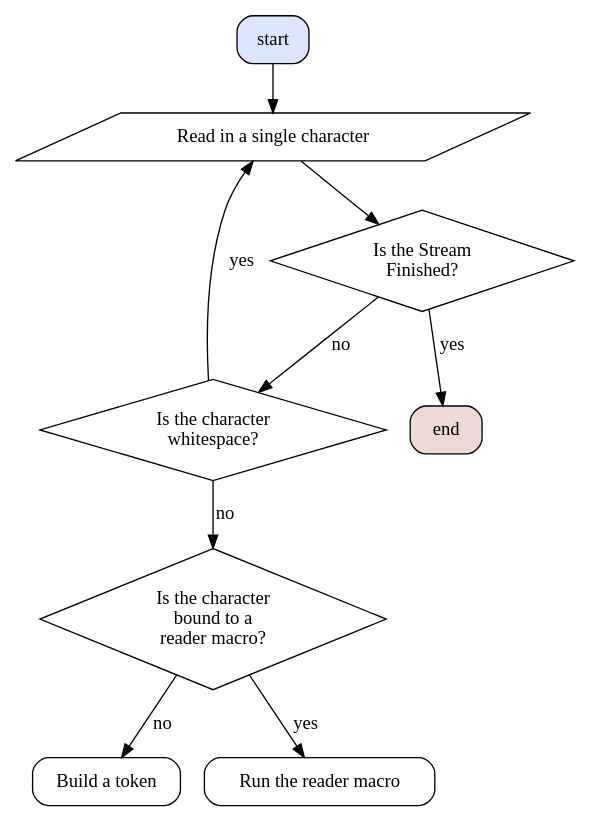
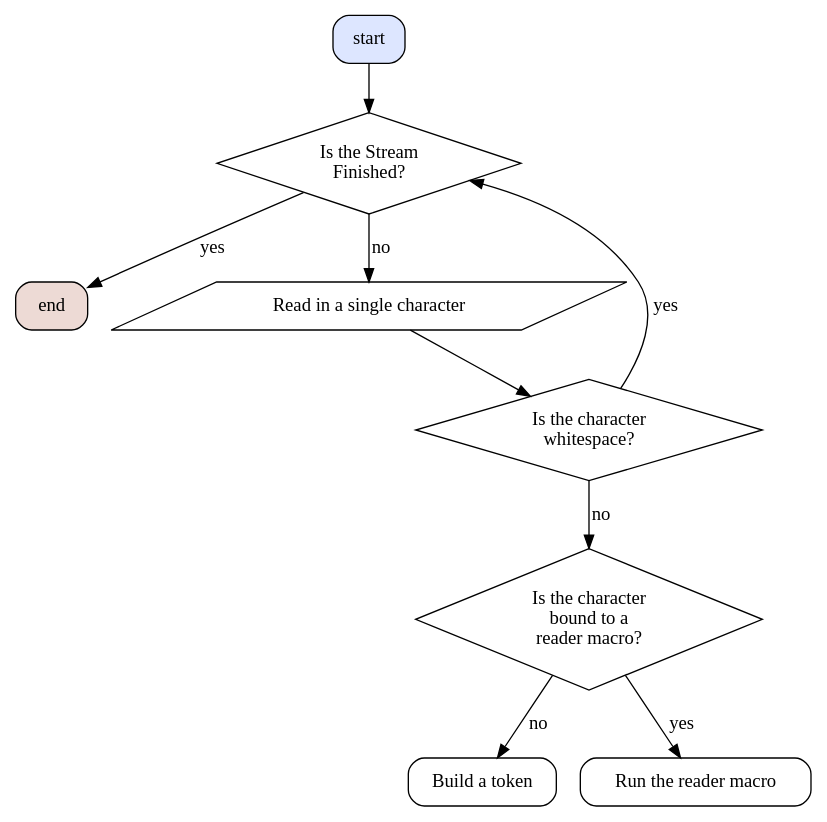
Before and after one commit to pqnelson/pqnelson.github.com: the diagram in assets/LispReader-cl.dot, drawn with Graphviz. The commit also changed 3 other files, not shown here.

Commit message:
[typo] Corrected flowcharts for the Lisp Reader's read algorithm

```diff
--- a/assets/LispReader-cl.dot
+++ b/assets/LispReader-cl.dot
@@ -1,18 +1,19 @@
 digraph {
     start[shape="box", style="rounded,filled", fillcolor="#0044ff22"];
     end[shape="box", style="rounded,filled", fillcolor="#eddad5"];
     eof[shape="diamond", style="", label="Is the Stream\nFinished?"];
     whitespace[shape="diamond", style="", label="Is the character\n whitespace?"];
     buildtoken[shape=box, style=rounded, label="Build a token"];
     input[shape="parallelogram", style="", label="Read in a single character"];
     macro[shape="diamond", style="", label="Is the character\nbound to a\nreader macro?"];
     run[shape="box", style="rounded", label="Run the reader macro"];
-    start -> input;
-    input -> eof;
+
+    start -> eof;
+    input -> whitespace;
     eof -> end[label="yes"];
-    eof -> whitespace[label="no"];
+    eof -> input[label="no"];
     whitespace -> macro[label="no"];
-    whitespace -> input[label="yes"];
+    whitespace -> eof[label="yes"];
     macro -> buildtoken[label="no"];
     macro -> run[label="yes"];
 }
```
